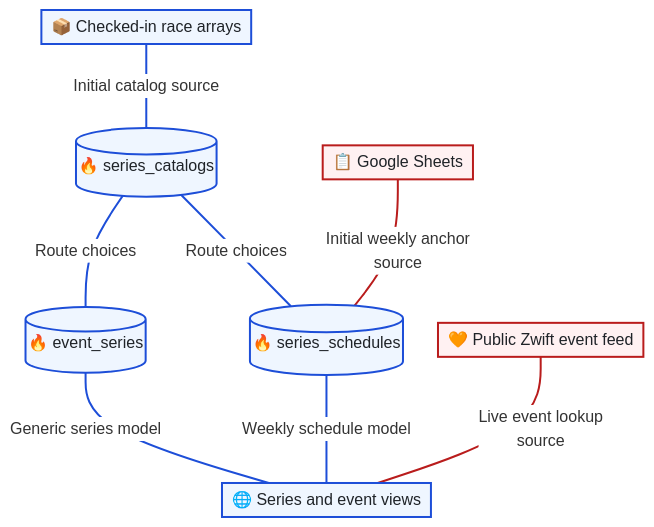
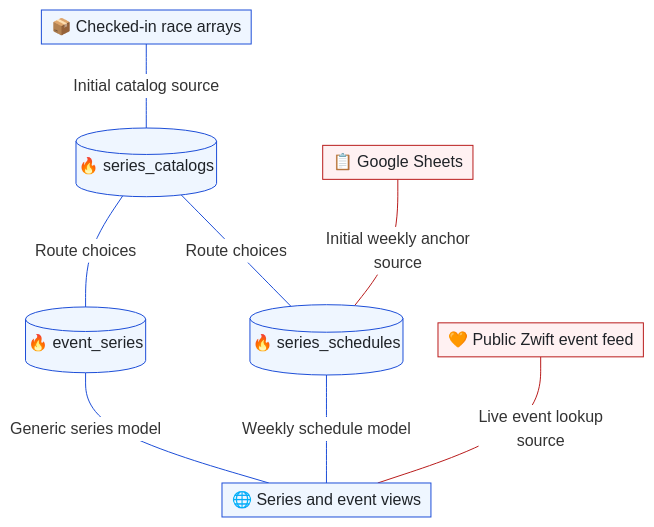
Before and after one commit to T00few2/dzr: the first of 3 diagrams in docs/architecture/events.md, drawn with Mermaid. The commit also changed other lines of this file and 34 other files, not shown here.

Commit message:
docs: use normal strokes and enforce 12px sequence labels

````diff
--- a/docs/architecture/events.md
+++ b/docs/architecture/events.md
@@ -14,28 +14,28 @@
 ```mermaid
 ---
 config:
   theme: base
   themeVariables:
     edgeLabelBackground: '#ffffff'
   themeCSS: |
     .edgeLabel, .edgeLabel p { font-size: 12px !important; }
     :is(&) { background: #ffffff; }
   flowchart:
     padding: 5
     nodeSpacing: 35
     rankSpacing: 60
 ---
 flowchart TB
     seeds["📦 Checked-in race arrays"] ---|Initial catalog source| catalogs[("🔥 series_catalogs")]
     catalogs ---|Route choices| weekly[("🔥 series_schedules")]
     catalogs ---|Route choices| generic[("🔥 event_series")]
     weekly ---|Weekly schedule model| view["🌐 Series and event views"]
     generic ---|Generic series model| view
     sheets["📋 Google Sheets"] ---|Initial weekly anchor<br/>source| weekly
     zwift["🧡 Public Zwift event feed"] ---|Live event lookup<br/>source| view
-    classDef default fill:#eff6ff,stroke:#1d4ed8,stroke-width:2px,color:#1f2328
-    classDef external fill:#fff1f2,stroke:#b91c1c,stroke-width:2px,color:#1f2328
-    linkStyle default stroke:#1d4ed8,stroke-width:2px
+    classDef default fill:#eff6ff,stroke:#1d4ed8,color:#1f2328
+    classDef external fill:#fff1f2,stroke:#b91c1c,color:#1f2328
+    linkStyle default stroke:#1d4ed8
     class sheets,zwift external
-    linkStyle 5,6 stroke:#b91c1c,stroke-width:2px
+    linkStyle 5,6 stroke:#b91c1c
 ```
````
